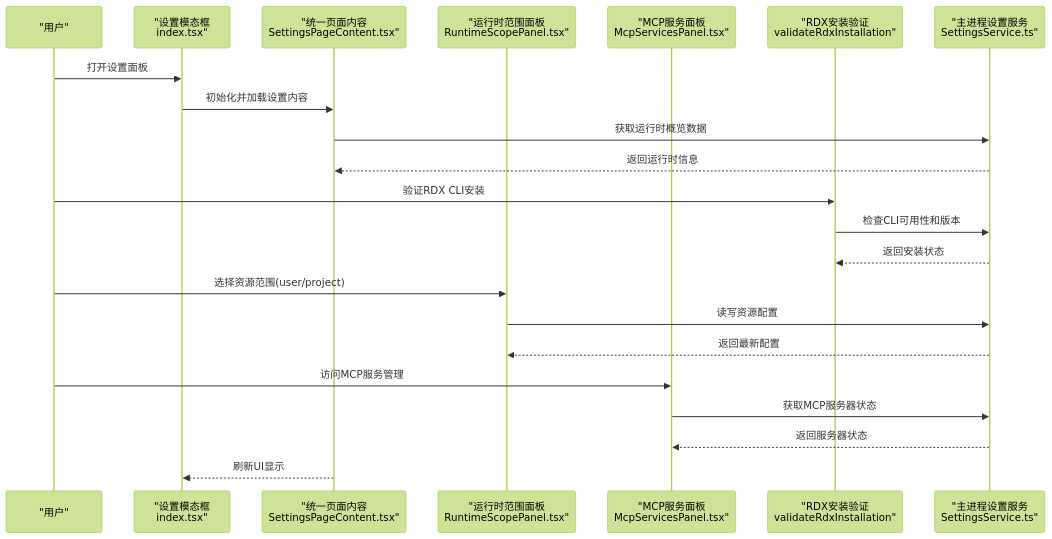
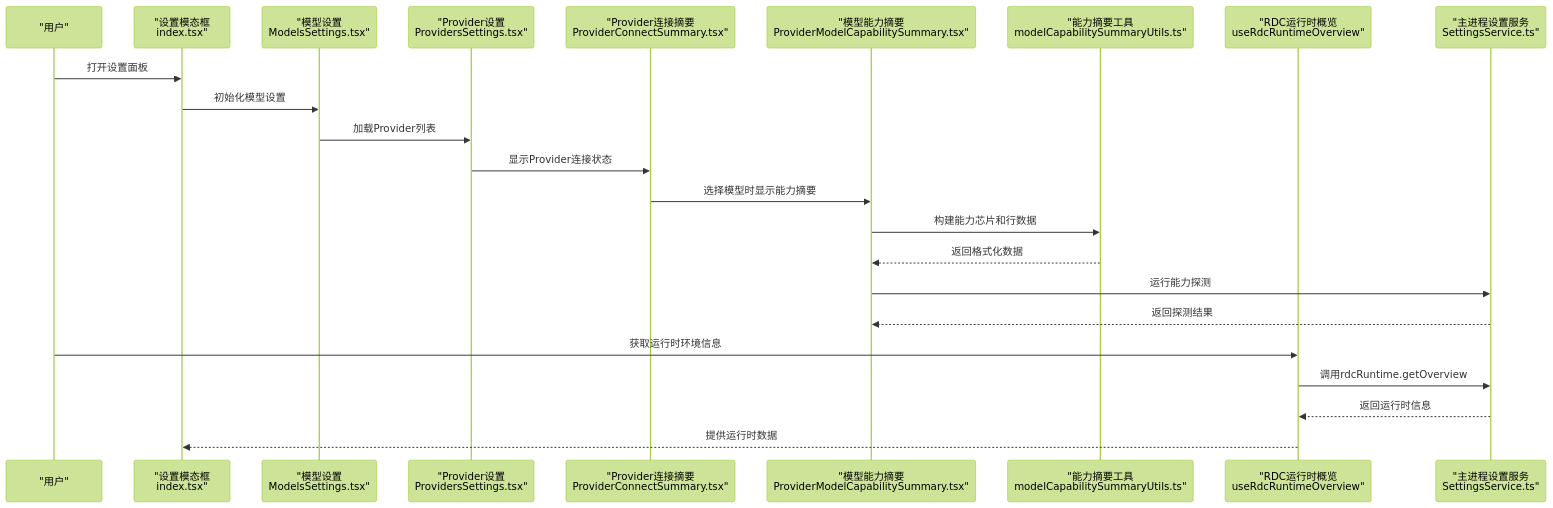
One commit to haolange/RDC-Agent changed the second of 4 diagrams in .qoder/repowiki/zh/content/用户界面/设置面板/设置面板.md. Above: the diagram before and after it, drawn with Mermaid (forest theme). The commit also changed other lines of this file and 80 other files, not shown here.

````diff
--- a/.qoder/repowiki/zh/content/用户界面/设置面板/设置面板.md
+++ b/.qoder/repowiki/zh/content/用户界面/设置面板/设置面板.md
@@ -113,24 +120,25 @@
 ```mermaid
 sequenceDiagram
 participant U as "用户"
 participant M as "设置模态框<br/>index.tsx"
-participant S as "统一页面内容<br/>SettingsPageContent.tsx"
-participant R as "运行时范围面板<br/>RuntimeScopePanel.tsx"
-participant MCP as "MCP服务面板<br/>McpServicesPanel.tsx"
-participant V as "RDX安装验证<br/>validateRdxInstallation"
+participant MS as "模型设置<br/>ModelsSettings.tsx"
+participant PS as "Provider设置<br/>ProvidersSettings.tsx"
+participant PCS as "Provider连接摘要<br/>ProviderConnectSummary.tsx"
+participant PMCS as "模型能力摘要<br/>ProviderModelCapabilitySummary.tsx"
+participant MCUT as "能力摘要工具<br/>modelCapabilitySummaryUtils.ts"
+participant RO as "RDC运行时概览<br/>useRdcRuntimeOverview"
 participant P as "主进程设置服务<br/>SettingsService.ts"
 U->>M : 打开设置面板
-M->>S : 初始化并加载设置内容
-S->>P : 获取运行时概览数据
-P-->>S : 返回运行时信息
-U->>V : 验证RDX CLI安装
-V->>P : 检查CLI可用性和版本
-P-->>V : 返回安装状态
-U->>R : 选择资源范围(user/project)
-R->>P : 读写资源配置
-P-->>R : 返回最新配置
-U->>MCP : 访问MCP服务管理
-MCP->>P : 获取MCP服务器状态
-P-->>MCP : 返回服务器状态
-S-->>M : 刷新UI显示
+M->>MS : 初始化模型设置
+MS->>PS : 加载Provider列表
+PS->>PCS : 显示Provider连接状态
+PCS->>PMCS : 选择模型时显示能力摘要
+PMCS->>MCUT : 构建能力芯片和行数据
+MCUT-->>PMCS : 返回格式化数据
+PMCS->>P : 运行能力探测
+P-->>PMCS : 返回探测结果
+U->>RO : 获取运行时环境信息
+RO->>P : 调用rdcRuntime.getOverview
+P-->>RO : 返回运行时信息
+RO-->>M : 提供运行时数据
 ```
````
